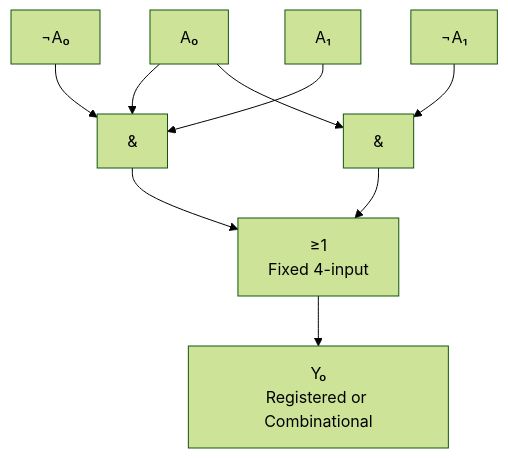
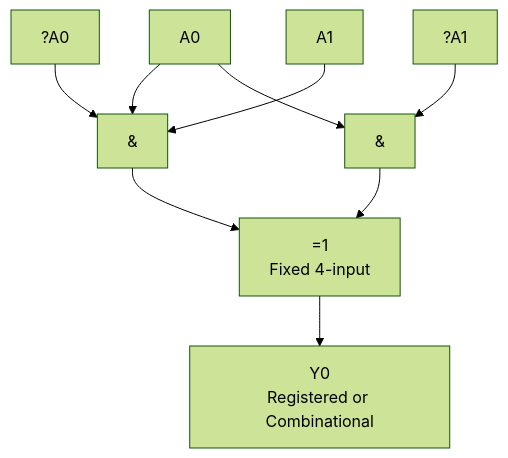
The fourth of 6 diagrams in docs/courses/digital-logic/10-pla-pal.md (Raushan666java/ai-engineering-journey), drawn with Mermaid (forest theme) before and after one commit. The commit also changed other lines of this file and 790 other files, not shown here.

Commit message:
Sync all course diagram renders and content updates

````diff
--- a/docs/courses/digital-logic/10-pla-pal.md
+++ b/docs/courses/digital-logic/10-pla-pal.md
@@ -270,11 +270,11 @@
 ```mermaid
 graph TD
-    A0[A₀] --> AND1[&]
-    A0N[¬A₀] --> AND1
-    A1[A₁] --> AND1
-    AND1 --> OR1[≥1<br>Fixed 4-input]
+    A0[A0] --> AND1[&]
+    A0N[?A0] --> AND1
+    A1[A1] --> AND1
+    AND1 --> OR1[=1<br>Fixed 4-input]
     A0 --> AND2[&]
-    A1N[¬A₁] --> AND2
+    A1N[?A1] --> AND2
     AND2 --> OR1
-    OR1 --> Y0[Y₀<br>Registered or Combinational]
+    OR1 --> Y0[Y0<br>Registered or Combinational]
 ```
````
